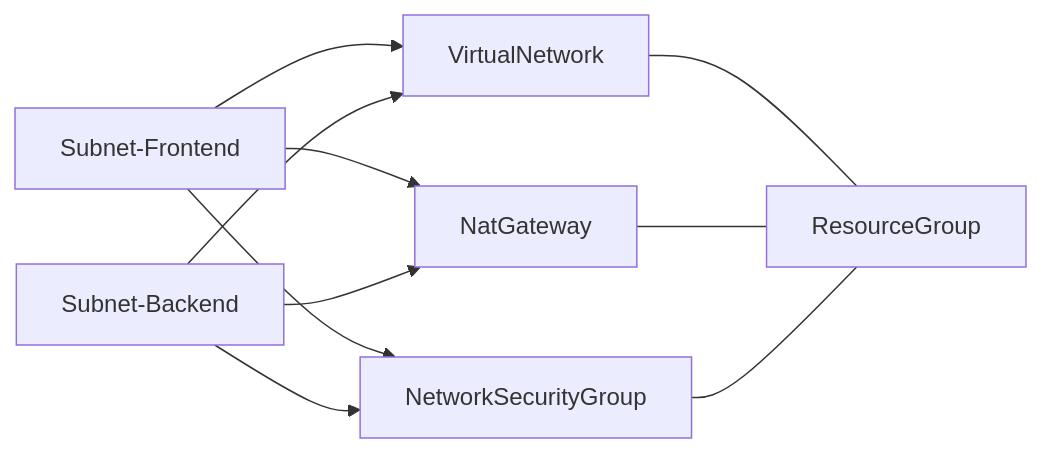
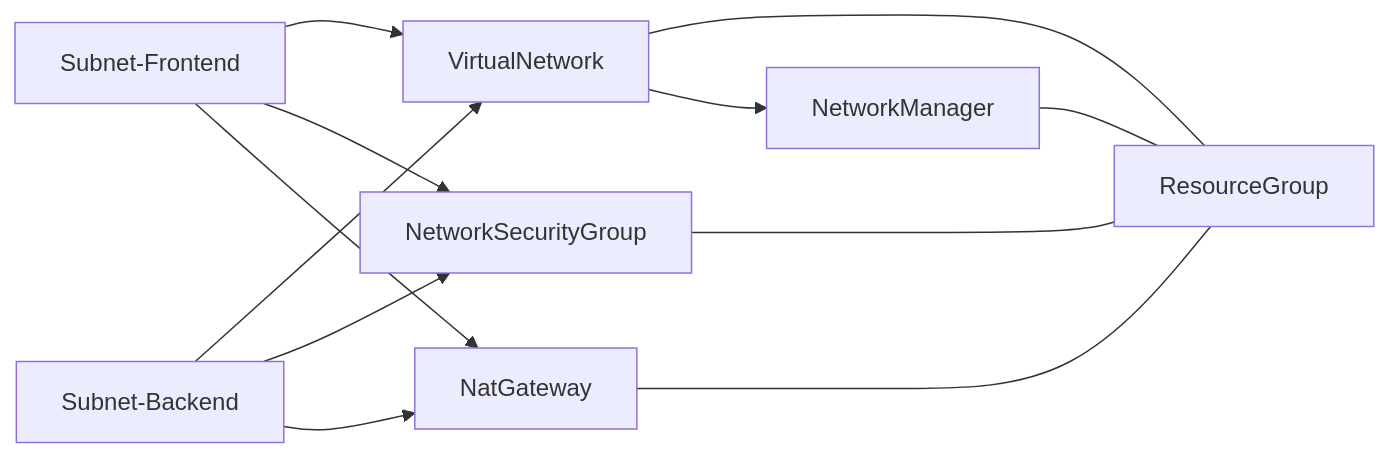
The diagram in README.md (sjovang/breezy-devconf-2025), drawn with Mermaid before and after one commit.

````diff
--- a/README.md
+++ b/README.md
@@ -7,12 +7,14 @@
 ```mermaid
 flowchart LR
     VirtualNetwork --- ResourceGroup
     NatGateway --- ResourceGroup 
     NetworkSecurityGroup --- ResourceGroup
+    NetworkManager --- ResourceGroup
+    VirtualNetwork --> NetworkManager
     Subnet-Frontend --> VirtualNetwork
     Subnet-Backend --> VirtualNetwork
     Subnet-Frontend --> NetworkSecurityGroup
     Subnet-Backend --> NetworkSecurityGroup
     Subnet-Frontend --> NatGateway
     Subnet-Backend --> NatGateway
 ```
````
